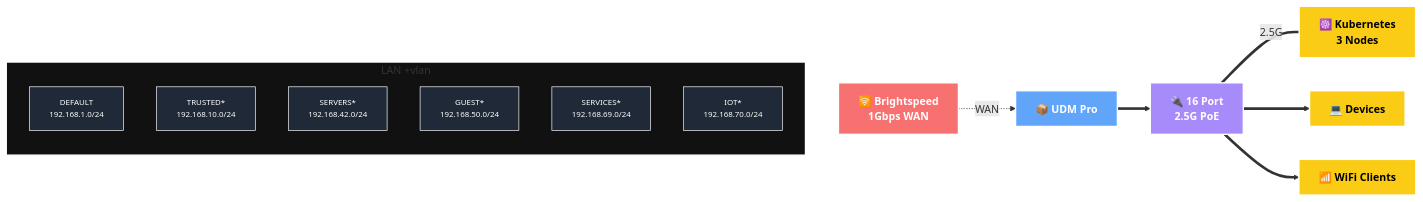
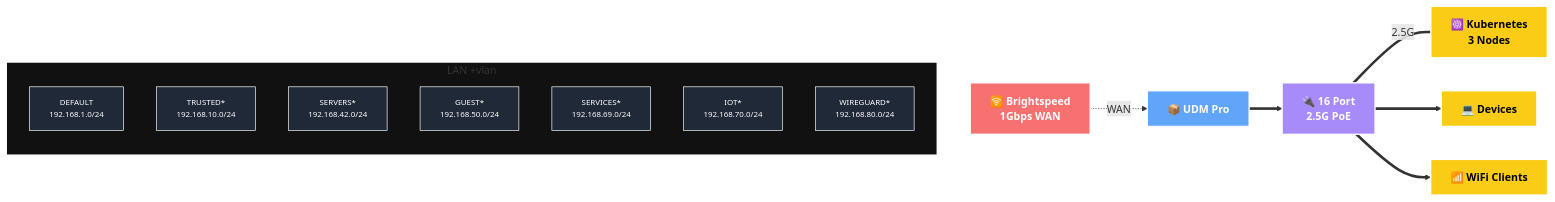
Before and after one commit to caycehouse/home-ops: the second of 2 diagrams in README.md, drawn with Mermaid.

Commit message:
chore(readme): update network graph

````diff
--- a/README.md
+++ b/README.md
@@ -100,46 +100,47 @@
 ```mermaid
 graph LR
     %% Class Definitions
     classDef isp fill:#f87171,stroke:#fff,stroke-width:2px,color:#fff,font-weight:bold;
     classDef core fill:#60a5fa,stroke:#fff,stroke-width:2px,color:#fff,font-weight:bold;
     classDef switch fill:#a78bfa,stroke:#fff,stroke-width:2px,color:#fff,font-weight:bold;
     classDef device fill:#facc15,stroke:#fff,stroke-width:2px,color:#000,font-weight:bold;
     classDef vlan fill:#1f2937,stroke:#fff,stroke-width:1px,color:#fff,font-size:12px;
 
     %% Nodes
     ISP[🛜 Brightspeed<br/>1Gbps WAN]:::isp
     UDM[📦 UDM Pro]:::core
     K8s[☸️ Kubernetes<br/>3 Nodes]:::device
     USW[🔌 16 Port<br/>2.5G PoE]:::switch
     DEV[💻 Devices]:::device
     WIFI[📶 WiFi Clients]:::device
 
     %% Subgraph for VLANs
     subgraph VLANs [LAN +vlan]
         direction TB
         DEFAULT[DEFAULT<br/>192.168.1.0/24]:::vlan
         TRUSTED[TRUSTED*<br/>192.168.10.0/24]:::vlan
         SERVERS[SERVERS*<br/>192.168.42.0/24]:::vlan
         GUEST[GUEST*<br/>192.168.50.0/24]:::vlan
         SERVICES[SERVICES*<br/>192.168.69.0/24]:::vlan
         IOT[IOT*<br/>192.168.70.0/24]:::vlan
+        WIREGUARD[WIREGUARD*<br/>192.168.80.0/24]:::vlan
     end
 
     style VLANs fill:#111,stroke:#fff,stroke-width:2px,rx:0,ry:0,padding:20px;
 
     %% Links
     SERVERS -.-> ISP
     ISP -.->|WAN| UDM
     UDM --> USW
     USW -- 2.5G --- K8s
     USW --> DEV
     USW --> WIFI
 
     %% Keep SERVERS->ISP as a hidden layout constraint and style bonded links thicker
     linkStyle 0 stroke:transparent,stroke-width:0px,color:transparent;
     linkStyle 2 stroke-width:4px,stroke:34d399;
     linkStyle 3 stroke-width:4px,stroke:34d399;
     linkStyle 4 stroke-width:4px,stroke:34d399;
     linkStyle 5 stroke-width:4px,stroke:34d399;
 
 ```
````
